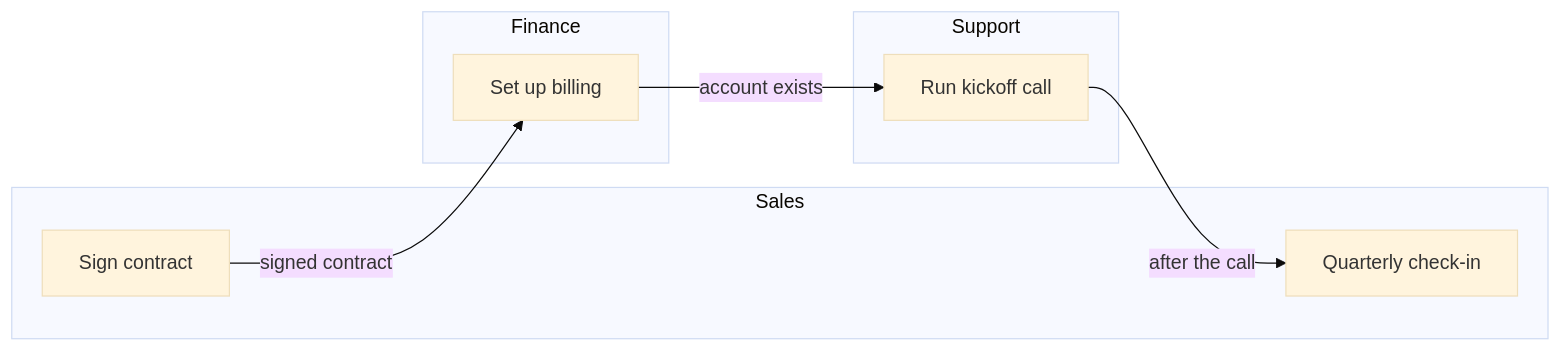
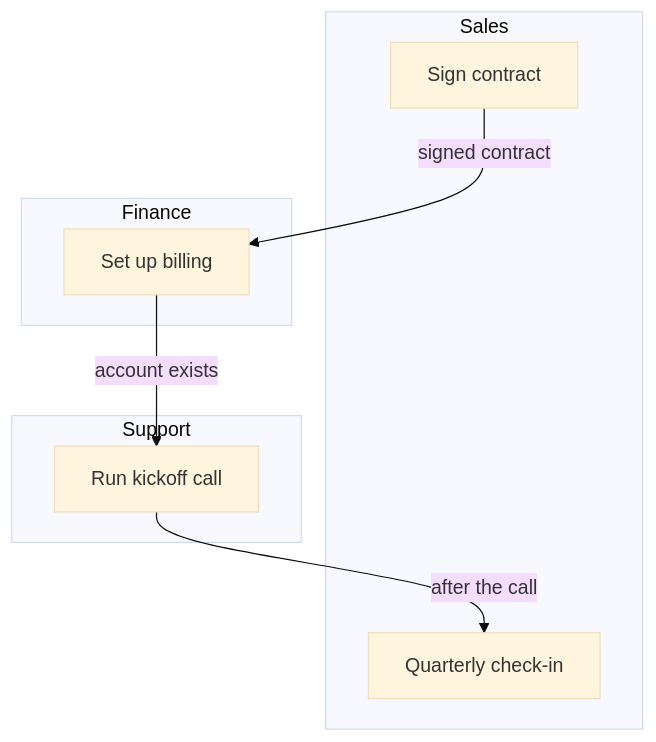
The diagram in flow-skills/delegation-map/examples/customer-onboarding.md (orionfold/flow), drawn with Mermaid (base theme) before and after one commit. The commit also changed 21 other files, not shown here.

Commit message:
Flow Skills: Decision Brief, Opportunity Map, Value Model, Option Comparison, Architecture Diagram, Delegation Map and Guided Exercise 1.1.0; every skill states what it needs

````diff
--- a/flow-skills/delegation-map/examples/customer-onboarding.md
+++ b/flow-skills/delegation-map/examples/customer-onboarding.md
@@ -15,16 +15,16 @@
 ```mermaid
-flowchart LR
+flowchart TB
   subgraph Sales
     A[Sign contract]
     E[Quarterly check-in]
   end
   subgraph Finance
     B[Set up billing]
   end
   subgraph Support
     C[Run kickoff call]
   end
   A -->|signed contract| B
   B -->|account exists| C
   C -->|after the call| E
 ```
````
